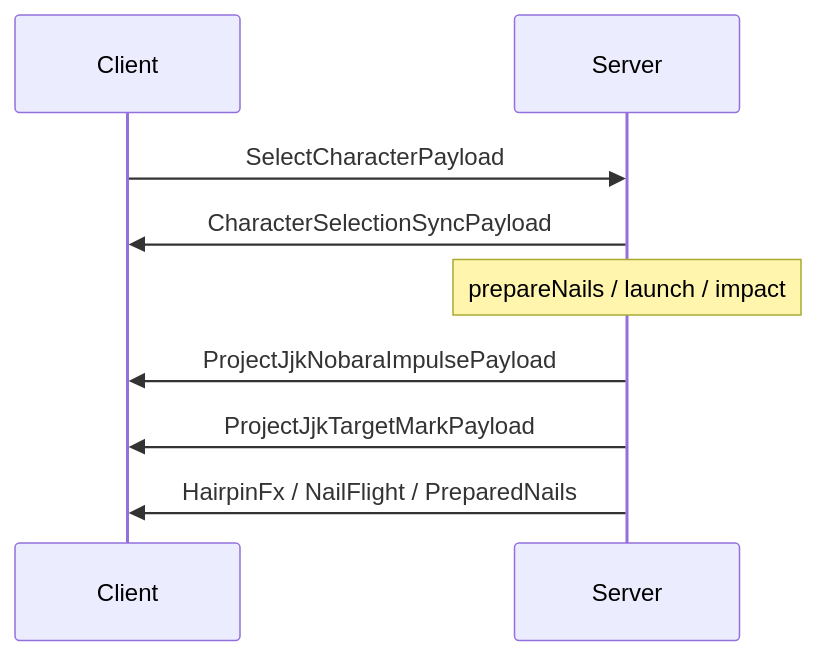
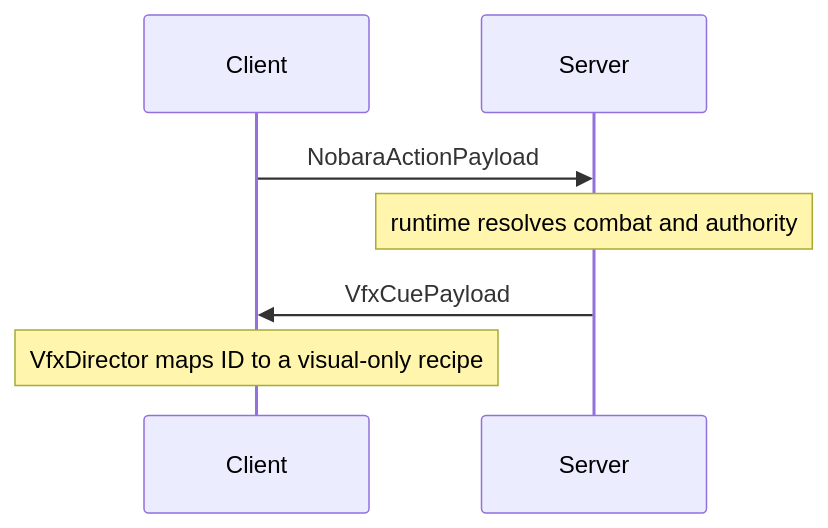
The diagram in Jujutsu Kaizen/jujutsumod-codebase-codex/02-architecture/Networking.md (grebeshok105/jujutsu-minecraft), drawn with Mermaid before and after one commit. The commit also changed other lines of this file and 21 other files, not shown here.

Commit message:
docs(vfx): document nobara core migration

````diff
--- a/Jujutsu Kaizen/jujutsumod-codebase-codex/02-architecture/Networking.md
+++ b/Jujutsu Kaizen/jujutsumod-codebase-codex/02-architecture/Networking.md
@@ -64,11 +56,9 @@
 ```mermaid
 sequenceDiagram
   participant C as Client
   participant S as Server
-  C->>S: SelectCharacterPayload
-  S->>C: CharacterSelectionSyncPayload
-  Note over S: prepareNails / launch / impact
-  S->>C: ProjectJjkNobaraImpulsePayload
-  S->>C: ProjectJjkTargetMarkPayload
-  S->>C: HairpinFx / NailFlight / PreparedNails
+  C->>S: NobaraActionPayload
+  Note over S: runtime resolves combat and authority
+  S->>C: VfxCuePayload
+  Note over C: VfxDirector maps ID to a visual-only recipe
 ```
````
